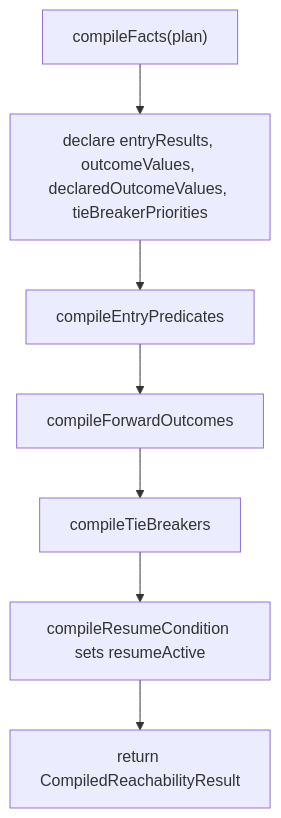
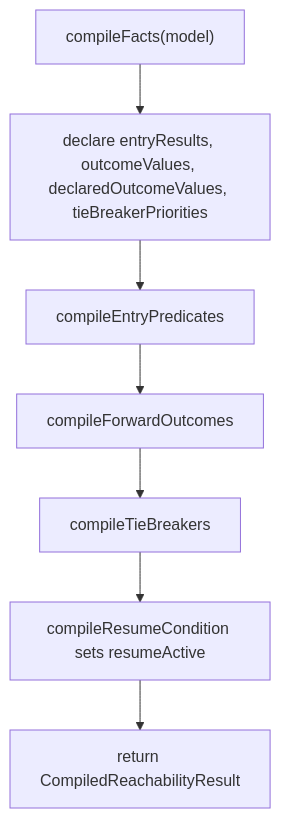
Before and after one commit to ministryofjustice/hmpps-forge: the first of 6 diagrams in packages/forge-core/src/engine/concerns/reachability/lowering/README.md, drawn with Mermaid. The commit also changed other lines of this file and 24 other files, not shown here.

````diff
--- a/packages/forge-core/src/engine/concerns/reachability/lowering/README.md
+++ b/packages/forge-core/src/engine/concerns/reachability/lowering/README.md
@@ -36,9 +36,9 @@
 ```mermaid
 flowchart TD
-  start["compileFacts(plan)"] --> arrays["declare entryResults, outcomeValues, declaredOutcomeValues, tieBreakerPriorities"]
+  start["compileFacts(model)"] --> arrays["declare entryResults, outcomeValues, declaredOutcomeValues, tieBreakerPriorities"]
   arrays --> entry["compileEntryPredicates"]
   entry --> forward["compileForwardOutcomes"]
   forward --> tie["compileTieBreakers"]
   tie --> resume["compileResumeCondition sets resumeActive"]
   resume --> ret["return CompiledReachabilityResult"]
 ```
````
